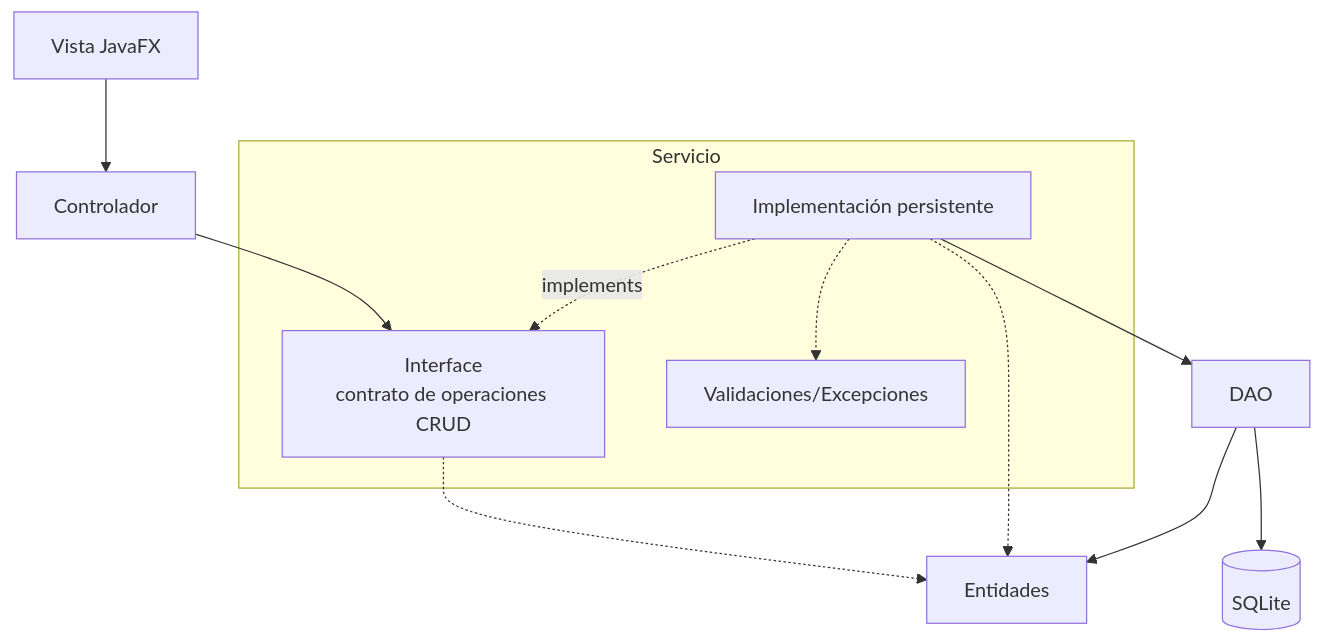
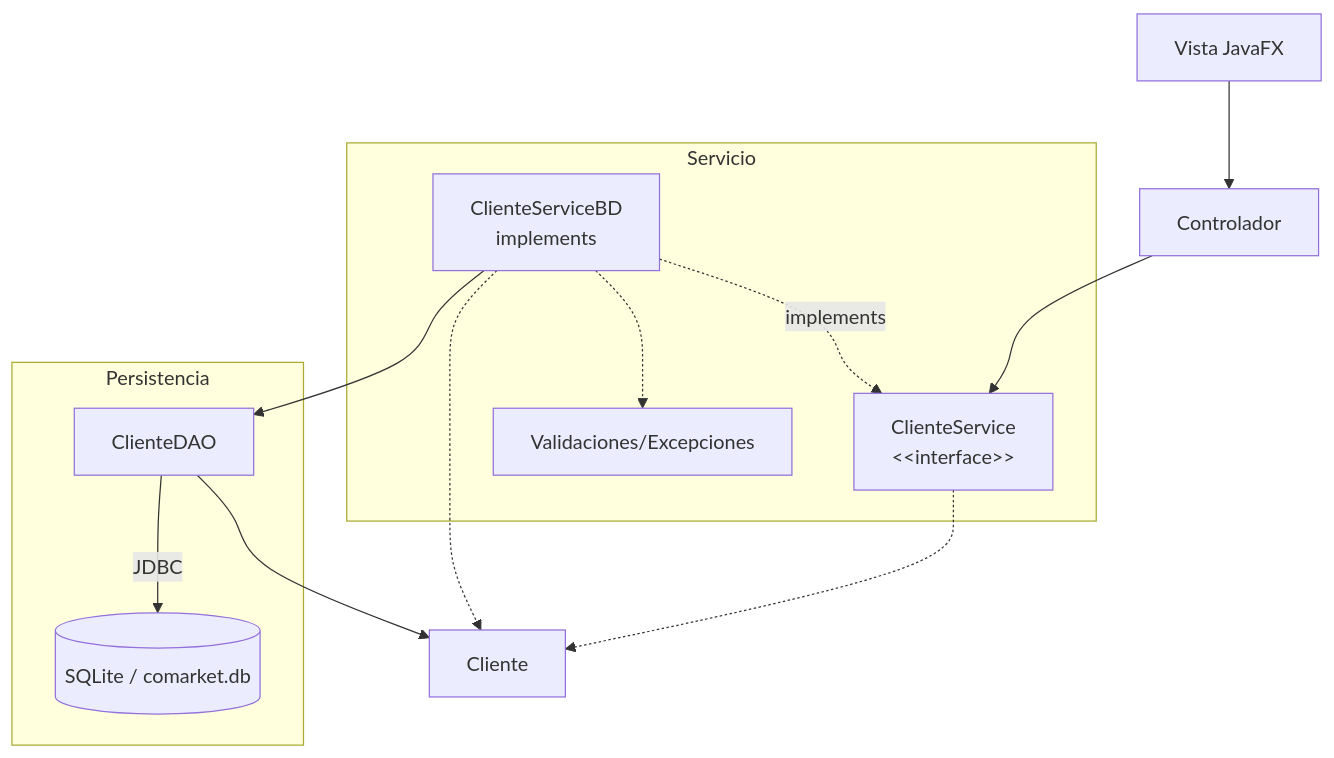
The diagram in docs/S12_Evaluacion_Unidad_2.md (262poo/comarket), drawn with Mermaid before and after one commit. The commit also changed other lines of this file and 17 other files, not shown here.

````diff
--- a/docs/S12_Evaluacion_Unidad_2.md
+++ b/docs/S12_Evaluacion_Unidad_2.md
@@ -41,24 +49,28 @@
 ```mermaid
 flowchart TB
     Vista["Vista JavaFX"]
     Controlador["Controlador"]
+
     subgraph Servicio["Servicio"]
-        Contrato["Interface<br/>contrato de operaciones CRUD"]
-        Implementacion["Implementación persistente"]
+        Contrato["ClienteService<br/>&lt;&lt;interface&gt;&gt;"]
+        ServicioBD["ClienteServiceBD<br/>implements"]
         Validaciones["Validaciones/Excepciones"]
     end
 
-    Entidades["Entidades"]
-    DAO["DAO"]
-    SQLite[("SQLite")]
+    Entidades["Cliente"]
+
+    subgraph Persistencia["Persistencia"]
+        DAO["ClienteDAO"]
+        SQLite[("SQLite / comarket.db")]
+    end
 
     Vista --> Controlador
     Controlador --> Contrato
-    Implementacion -. implements .-> Contrato
+    ServicioBD -. implements .-> Contrato
     Contrato -.-> Entidades
-    Implementacion -.-> Entidades
-    Implementacion -.-> Validaciones
-    Implementacion --> DAO
+    ServicioBD -.-> Entidades
+    ServicioBD -.-> Validaciones
+    ServicioBD --> DAO
     DAO --> Entidades
-    DAO --> SQLite
+    DAO -->|"JDBC"| SQLite
 ```
````
